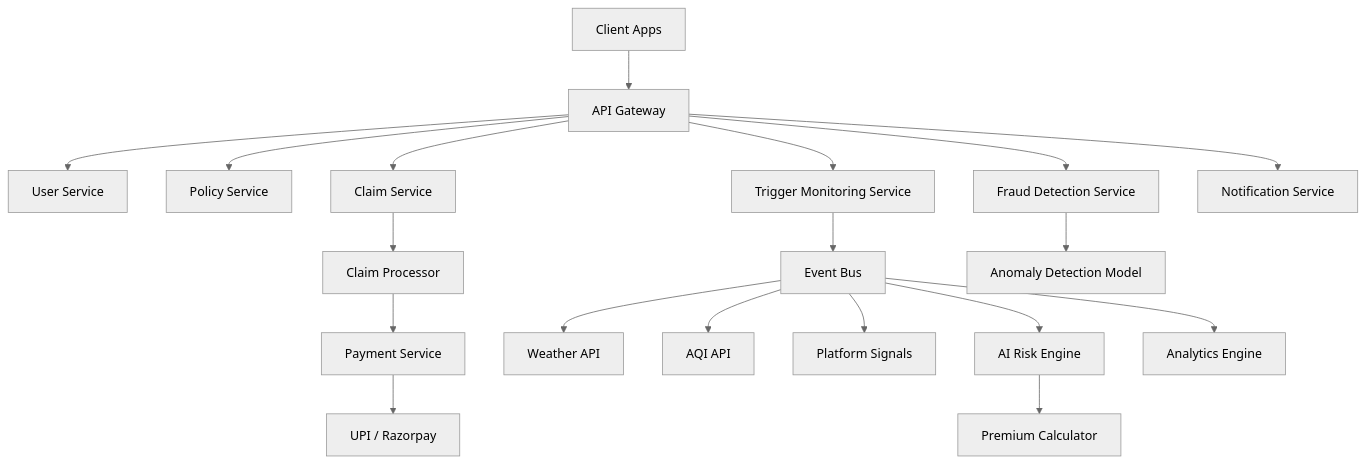
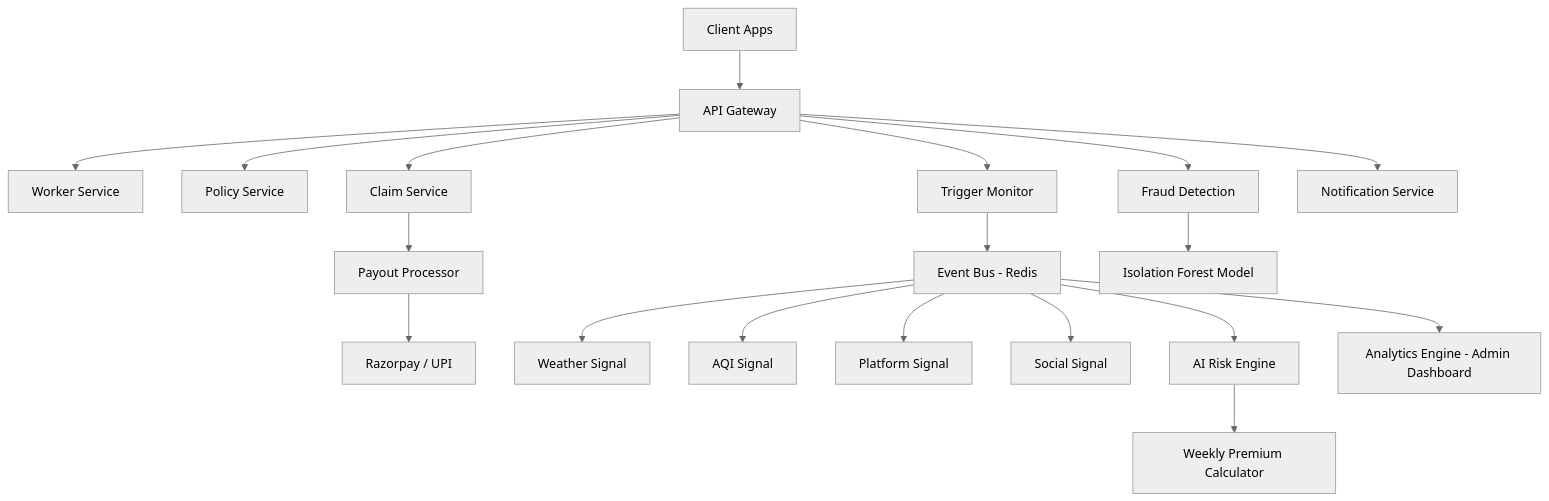
Before and after one commit to KavinVetrivel/GigShield: the second of 2 diagrams in README.md, drawn with Mermaid (neutral theme). The commit also changed other lines of this file, not shown here.

````diff
--- a/README.md
+++ b/README.md
@@ -145,31 +202,27 @@
-  ```mermaid
-  flowchart TD
+```mermaid
+flowchart TD
     A[Client Apps] --> B[API Gateway]
 
-    B --> C1[User Service]
+    B --> C1[Worker Service]
     B --> C2[Policy Service]
     B --> C3[Claim Service]
-    B --> C4[Trigger Monitoring Service]
-    B --> C5[Fraud Detection Service]
+    B --> C4[Trigger Monitor]
+    B --> C5[Fraud Detection]
     B --> C6[Notification Service]
 
-    C4 --> D[Event Bus]
+    C4 --> D[Event Bus - Redis]
 
-    D --> E1[Weather API]
-    D --> E2[AQI API]
-    D --> E3[Platform Signals]
+    D --> E1[Weather Signal]
+    D --> E2[AQI Signal]
+    D --> E3[Platform Signal]
+    D --> E4[Social Signal]
 
     D --> F[AI Risk Engine]
+    F --> G[Weekly Premium Calculator]
 
-    F --> G[Premium Calculator]
+    C3 --> H[Payout Processor]
+    H --> I[Razorpay / UPI]
 
-    C3 --> H[Claim Processor]
-
-    H --> I[Payment Service]
-
-    I --> J[UPI / Razorpay]
-
-    C5 --> K[Anomaly Detection Model]
-
-    D --> L[Analytics Engine]
-  ```
+    C5 --> J[Isolation Forest Model]
+    D --> K[Analytics Engine - Admin Dashboard]
+```
````
